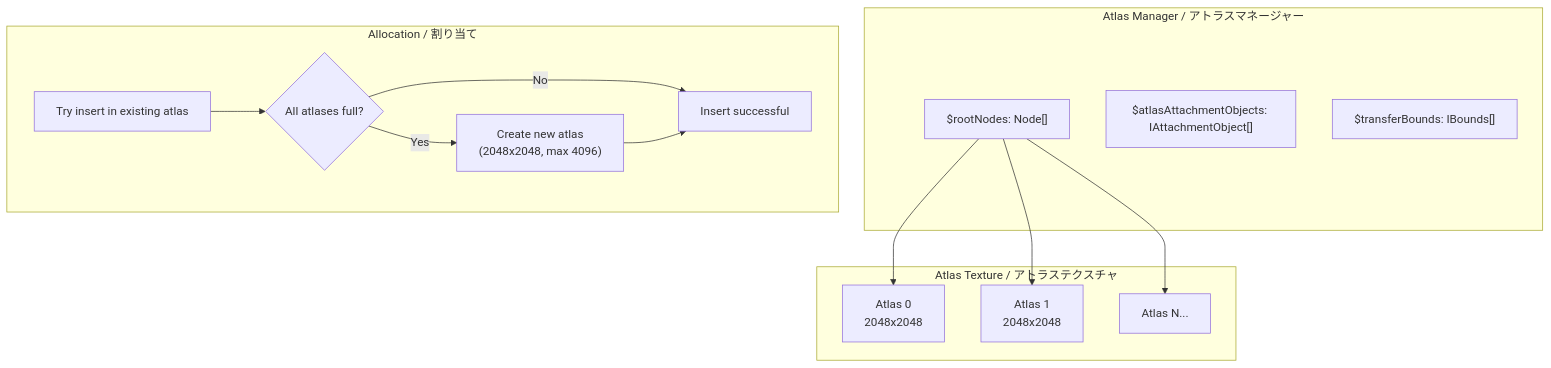
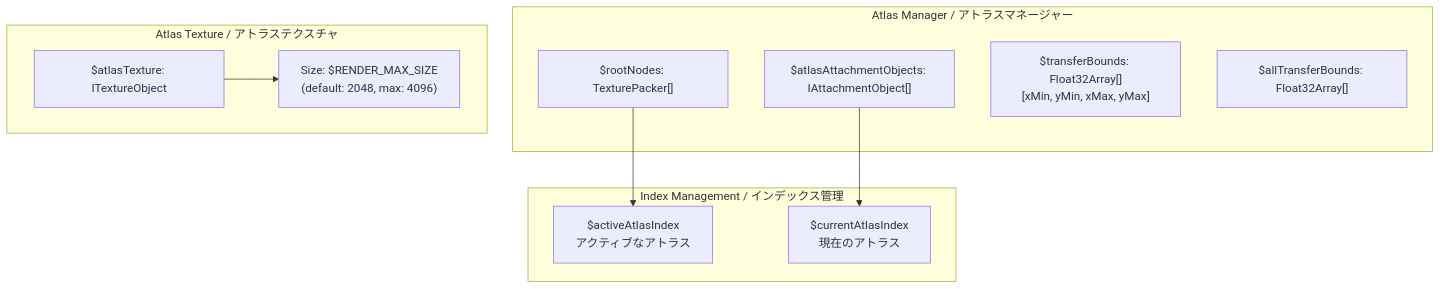
Before and after one commit to Next2D/player: diagram 34 of 37 in packages/webgl/RENDERING_FLOW.md, drawn with Mermaid. The commit also changed other lines of this file, not shown here.

````diff
--- a/packages/webgl/RENDERING_FLOW.md
+++ b/packages/webgl/RENDERING_FLOW.md
@@ -1368,30 +1597,23 @@
 ```mermaid
 flowchart TB
     subgraph "Atlas Manager / アトラスマネージャー"
-        ROOT_NODES["$rootNodes: Node[]"]
+        ROOT_NODES["$rootNodes: TexturePacker[]"]
         ATLAS_OBJS["$atlasAttachmentObjects: IAttachmentObject[]"]
-        TRANSFER_BOUNDS["$transferBounds: IBounds[]"]
+        TRANSFER["$transferBounds: Float32Array[]<br/>[xMin, yMin, xMax, yMax]"]
+        ALL_TRANSFER["$allTransferBounds: Float32Array[]"]
     end
 
-    subgraph "Allocation / 割り当て"
-        TRY_INSERT["Try insert in existing atlas"]
-        CHECK_ALL{All atlases full?}
-        CREATE_NEW["Create new atlas<br/>(2048x2048, max 4096)"]
-        INSERT_SUCCESS["Insert successful"]
+    subgraph "Index Management / インデックス管理"
+        ACTIVE["$activeAtlasIndex<br/>アクティブなアトラス"]
+        CURRENT["$currentAtlasIndex<br/>現在のアトラス"]
     end
 
     subgraph "Atlas Texture / アトラステクスチャ"
-        ATLAS_0["Atlas 0<br/>2048x2048"]
-        ATLAS_1["Atlas 1<br/>2048x2048"]
-        ATLAS_N["Atlas N..."]
+        TEX["$atlasTexture: ITextureObject"]
+        SIZE["Size: $RENDER_MAX_SIZE<br/>(default: 2048, max: 4096)"]
     end
 
-    TRY_INSERT --> CHECK_ALL
-    CHECK_ALL -->|No| INSERT_SUCCESS
-    CHECK_ALL -->|Yes| CREATE_NEW
-    CREATE_NEW --> INSERT_SUCCESS
-
-    ROOT_NODES --> ATLAS_0
-    ROOT_NODES --> ATLAS_1
-    ROOT_NODES --> ATLAS_N
+    ROOT_NODES --> ACTIVE
+    ATLAS_OBJS --> CURRENT
+    TEX --> SIZE
 ```
````
